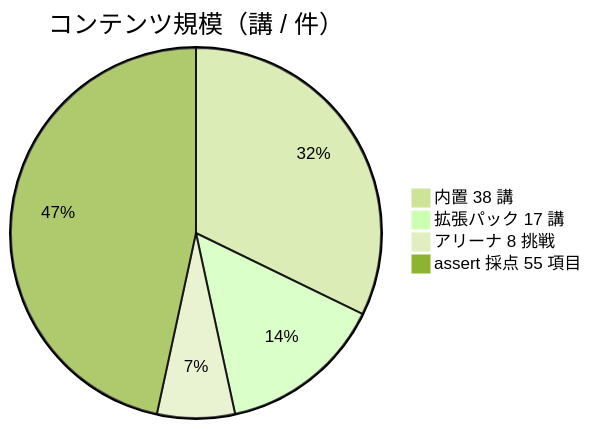
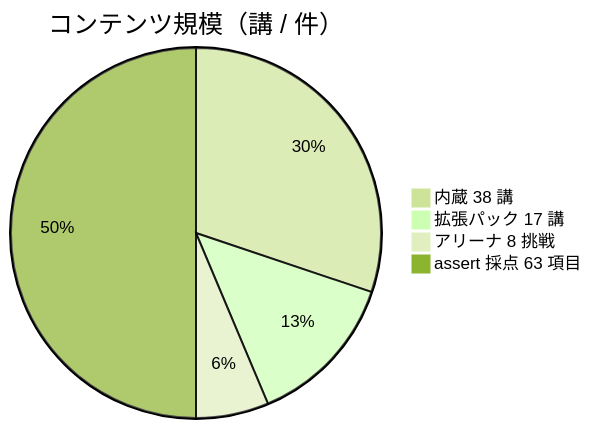
Before and after one commit to Morningstar202604/mashang: the third of 4 diagrams in README.ja-JP.md, drawn with Mermaid (forest theme). The commit also changed other lines of this file and 152 other files, not shown here.

````diff
--- a/README.ja-JP.md
+++ b/README.ja-JP.md
@@ -91,7 +91,7 @@
 ```mermaid
 pie title コンテンツ規模（講 / 件）
-    "内置 38 講" : 38
+    "内蔵 38 講" : 38
     "拡張パック 17 講" : 17
     "アリーナ 8 挑戦" : 8
-    "assert 採点 55 項目" : 55
+    "assert 採点 63 項目" : 63
 ```
````
